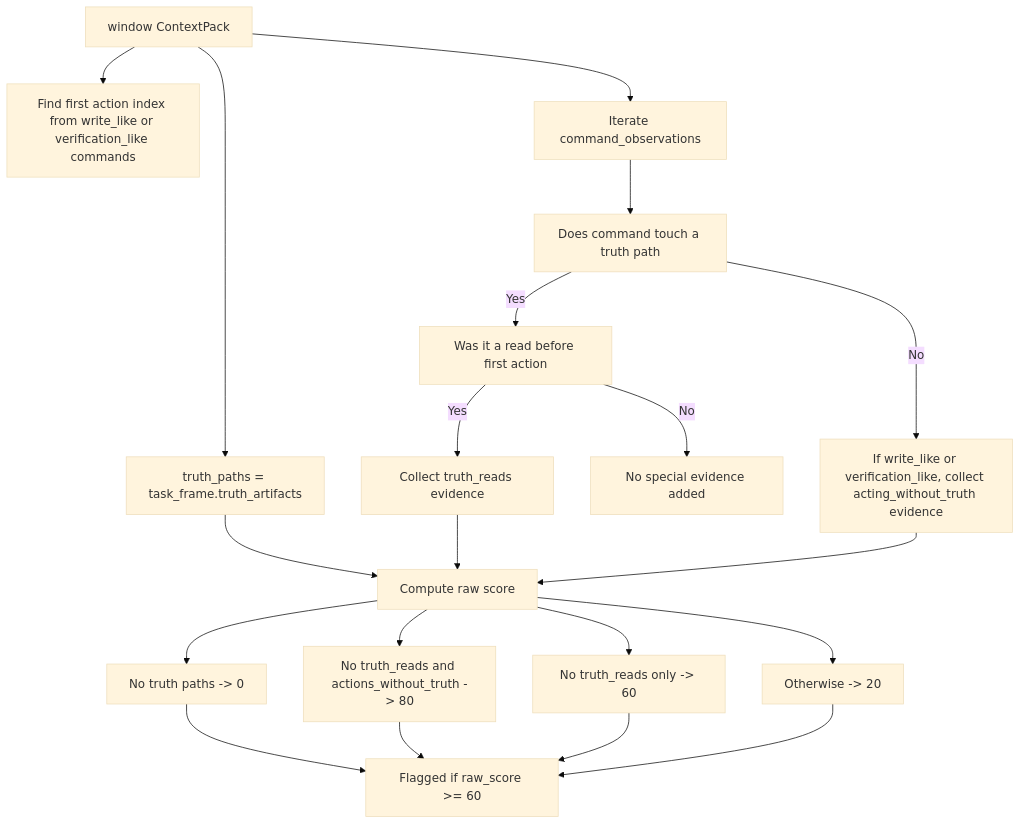
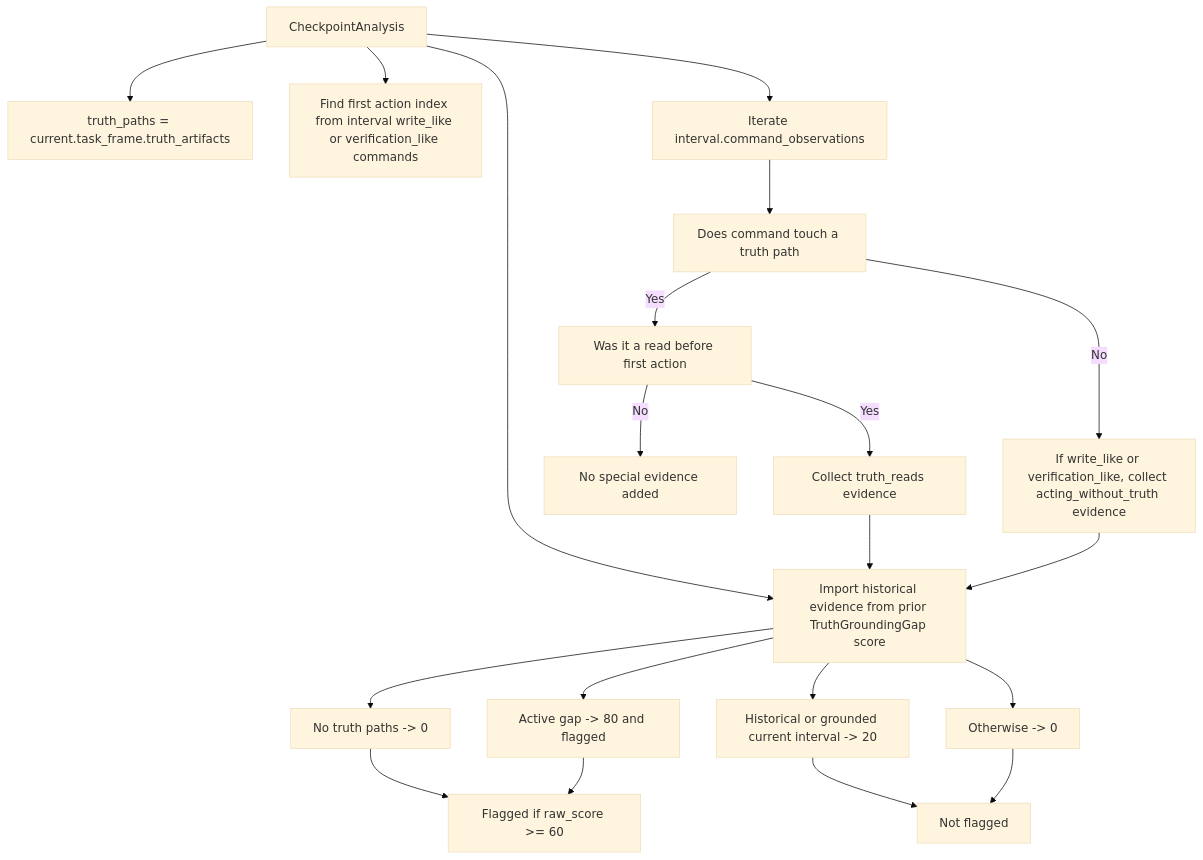
One commit to atomize-hq/substrate changed the tenth of 13 diagrams in docs/internals/agent-drift-analyzer-current-checkpoint-logic.md. Above: the diagram before and after it, drawn with Mermaid (base theme). The commit also changed other lines of this file and 1 other file, not shown here.

````diff
--- a/docs/internals/agent-drift-analyzer-current-checkpoint-logic.md
+++ b/docs/internals/agent-drift-analyzer-current-checkpoint-logic.md
@@ -256,22 +251,22 @@
 ```mermaid
 flowchart TD
-    A["window ContextPack"] --> B["truth_paths = task_frame.truth_artifacts"]
-    A --> C["Find first action index from write_like or verification_like commands"]
-    A --> D["Iterate command_observations"]
+    A["CheckpointAnalysis"] --> B["truth_paths = current.task_frame.truth_artifacts"]
+    A --> C["Find first action index from interval write_like or verification_like commands"]
+    A --> D["Iterate interval.command_observations"]
     D --> E["Does command touch a truth path"]
     E -->|Yes| F["Was it a read before first action"]
     F -->|Yes| G["Collect truth_reads evidence"]
     F -->|No| H["No special evidence added"]
     E -->|No| I["If write_like or verification_like, collect acting_without_truth evidence"]
-    B --> J["Compute raw score"]
+    A --> J["Import historical evidence from prior TruthGroundingGap score"]
     G --> J
     I --> J
     J --> K["No truth paths -> 0"]
-    J --> L["No truth_reads and actions_without_truth -> 80"]
-    J --> M["No truth_reads only -> 60"]
-    J --> N["Otherwise -> 20"]
+    J --> L["Active gap -> 80 and flagged"]
+    J --> M["Historical or grounded current interval -> 20"]
+    J --> N["Otherwise -> 0"]
     K --> O["Flagged if raw_score >= 60"]
     L --> O
-    M --> O
-    N --> O
+    M --> P["Not flagged"]
+    N --> P
 ```
````
